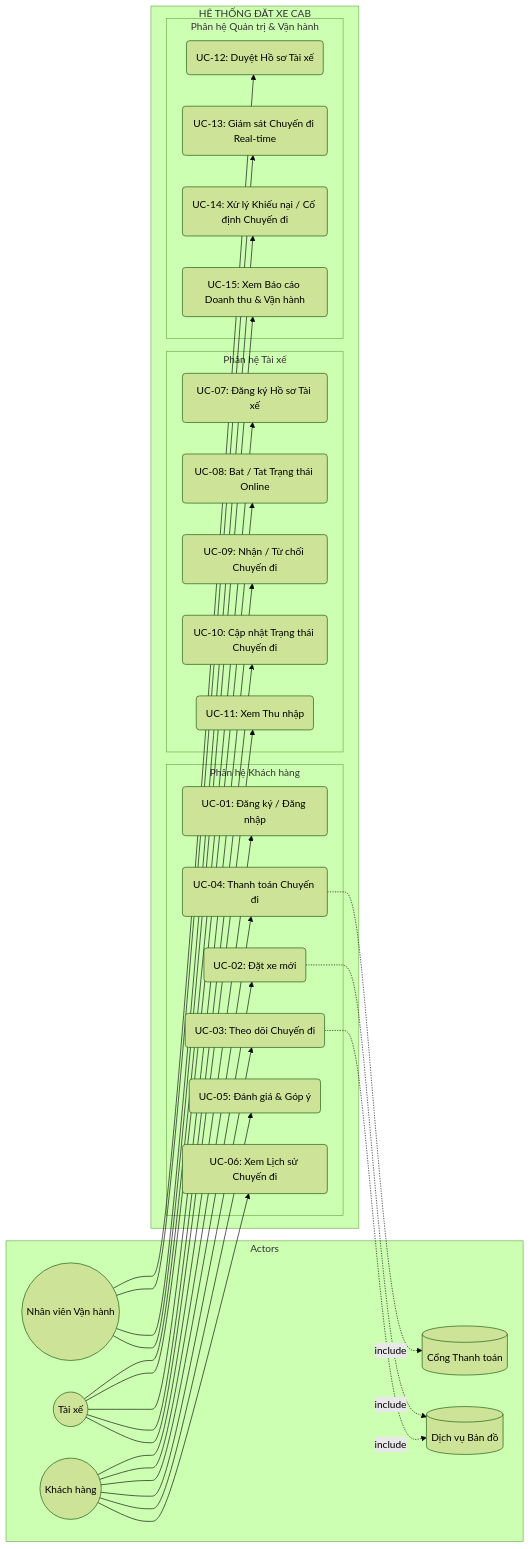
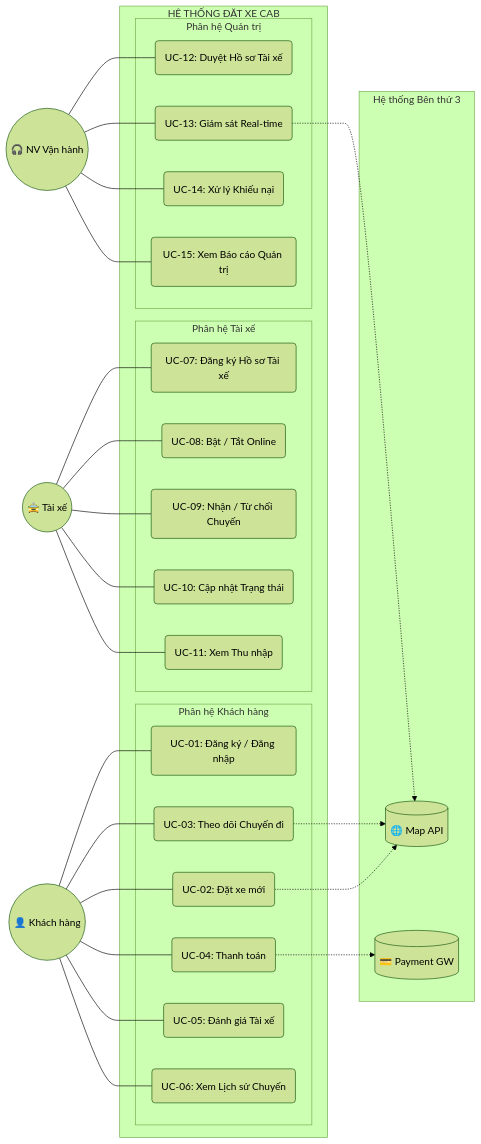
The second of 3 diagrams in SRS.md (tranthinhuy1611-ai/23664031_TranThiNhuY_CABSYSTEM), drawn with Mermaid (forest theme) before and after one commit. The commit also changed other lines of this file, not shown here.

Commit message:
Revise use case diagrams and acceptance criteria
Updated use case diagrams and acceptance criteria in SRS document.

````diff
--- a/SRS.md
+++ b/SRS.md
@@ -436,69 +436,71 @@
 ```mermaid
 graph LR
     %% Actors
-    subgraph Actors
-        Customer((Khách hàng))
-        Driver((Tài xế))
-        Operator((Nhân viên Vận hành))
-        PaymentGW[("Cổng Thanh toán")]
-        MapService[("Dịch vụ Bản đồ")]
+    C(("👤 Khách hàng"))
+    D(("🚖 Tài xế"))
+    Op(("🎧 NV Vận hành"))
+    
+    subgraph External ["Hệ thống Bên thứ 3"]
+        Map[("🌐 Map API")]
+        Pay[("💳 Payment GW")]
     end
 
     %% System Boundary
-    subgraph CAB_System ["HỆ THỐNG ĐẶT XE CAB"]
+    subgraph CAB ["HỆ THỐNG ĐẶT XE CAB"]
         
-        %% Customer Use Cases
-        subgraph Customer_UC ["Phân hệ Khách hàng"]
-            UC_RegCust("UC-01: Đăng ký / Đăng nhập")
-            UC_BookTrip("UC-02: Đặt xe mới")
-            UC_TrackTrip("UC-03: Theo dõi Chuyến đi")
-            UC_PayTrip("UC-04: Thanh toán Chuyến đi")
-            UC_ReviewTrip("UC-05: Đánh giá & Góp ý")
-            UC_TripHistory("UC-06: Xem Lịch sử Chuyến đi")
+        %% Customer Subsystem
+        subgraph Sub_Customer ["Phân hệ Khách hàng"]
+            UC01("UC-01: Đăng ký / Đăng nhập")
+            UC02("UC-02: Đặt xe mới")
+            UC03("UC-03: Theo dõi Chuyến đi")
+            UC04("UC-04: Thanh toán")
+            UC05("UC-05: Đánh giá Tài xế")
+            UC06("UC-06: Xem Lịch sử Chuyến")
         end
 
-        %% Driver Use Cases
-        subgraph Driver_UC ["Phân hệ Tài xế"]
-            UC_RegDriver("UC-07: Đăng ký Hồ sơ Tài xế")
-            UC_ToggleOnline("UC-08: Bat / Tat Trạng thái Online")
-            UC_AcceptTrip("UC-09: Nhận / Từ chối Chuyến đi")
-            UC_UpdateStatus("UC-10: Cập nhật Trạng thái Chuyến đi")
-            UC_DriverEarnings("UC-11: Xem Thu nhập")
+        %% Driver Subsystem
+        subgraph Sub_Driver ["Phân hệ Tài xế"]
+            UC07("UC-07: Đăng ký Hồ sơ Tài xế")
+            UC08("UC-08: Bật / Tắt Online")
+            UC09("UC-09: Nhận / Từ chối Chuyến")
+            UC10("UC-10: Cập nhật Trạng thái")
+            UC11("UC-11: Xem Thu nhập")
         end
 
-        %% Operator Use Cases
-        subgraph Ops_UC ["Phân hệ Quản trị & Vận hành"]
-            UC_ApproveDriver("UC-12: Duyệt Hồ sơ Tài xế")
-            UC_MonitorTrips("UC-13: Giám sát Chuyến đi Real-time")
-            UC_HandleSupport("UC-14: Xử lý Khiếu nại / Cố định Chuyến đi")
-            UC_ManageReports("UC-15: Xem Báo cáo Doanh thu & Vận hành")
+        %% Admin Subsystem
+        subgraph Sub_Admin ["Phân hệ Quản trị"]
+            UC12("UC-12: Duyệt Hồ sơ Tài xế")
+            UC13("UC-13: Giám sát Real-time")
+            UC14("UC-14: Xử lý Khiếu nại")
+            UC15("UC-15: Xem Báo cáo Quản trị")
         end
 
     end
 
-    %% Relationships - Customer
-    Customer --> UC_RegCust
-    Customer --> UC_BookTrip
-    Customer --> UC_TrackTrip
-    Customer --> UC_PayTrip
-    Customer --> UC_ReviewTrip
-    Customer --> UC_TripHistory
+    %% Customer Connections
+    C --- UC01
+    C --- UC02
+    C --- UC03
+    C --- UC04
+    C --- UC05
+    C --- UC06
 
-    %% Relationships - Driver
-    Driver --> UC_RegDriver
-    Driver --> UC_ToggleOnline
-    Driver --> UC_AcceptTrip
-    Driver --> UC_UpdateStatus
-    Driver --> UC_DriverEarnings
+    %% Driver Connections
+    D --- UC07
+    D --- UC08
+    D --- UC09
+    D --- UC10
+    D --- UC11
 
-    %% Relationships - Operator
-    Operator --> UC_ApproveDriver
-    Operator --> UC_MonitorTrips
-    Operator --> UC_HandleSupport
-    Operator --> UC_ManageReports
+    %% Operator Connections
+    Op --- UC12
+    Op --- UC13
+    Op --- UC14
+    Op --- UC15
 
-    %% External Systems Relations
-    UC_BookTrip -.->|include| MapService
-    UC_TrackTrip -.->|include| MapService
-    UC_PayTrip -.->|include| PaymentGW
+    %% External System Integrations
+    UC02 -.-> Map
+    UC03 -.-> Map
+    UC04 -.-> Pay
+    UC13 -.-> Map
 ```
````
